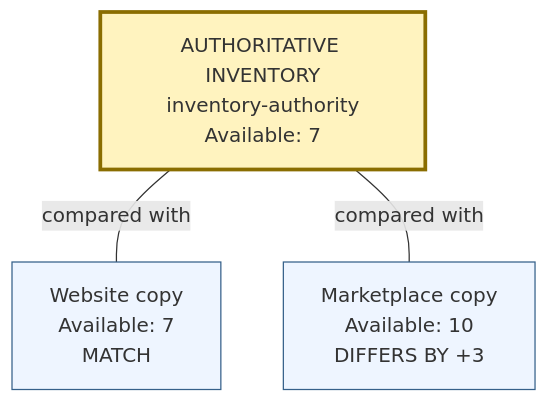
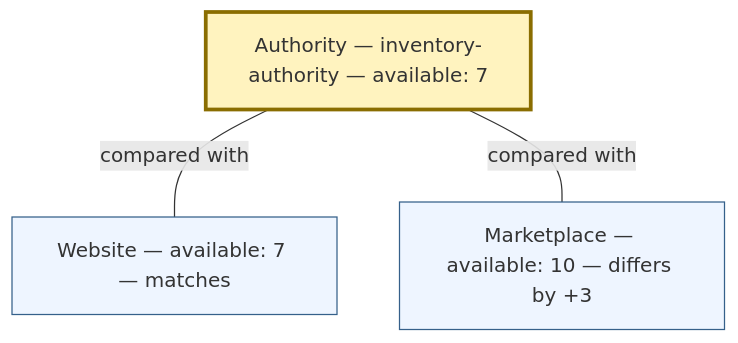
Before and after one commit to Garcia-Systems/inventory-sync-lab: the diagram in diagrams/authoritative-inventory.md, drawn with Mermaid. The commit also changed 7 other files, not shown here.

Commit message:
Validate GitHub Mermaid diagrams

````diff
--- a/diagrams/authoritative-inventory.md
+++ b/diagrams/authoritative-inventory.md
@@ -3,12 +3,12 @@
 ```mermaid
 flowchart TD
-    A["AUTHORITATIVE INVENTORY<br/>inventory-authority<br/>Available: 7"]
-    W["Website copy<br/>Available: 7<br/>MATCH"]
-    M["Marketplace copy<br/>Available: 10<br/>DIFFERS BY +3"]
+    A["Authority — inventory-authority — available: 7"]
+    W["Website — available: 7 — matches"]
+    M["Marketplace — available: 10 — differs by +3"]
     A ---|compared with| W
     A ---|compared with| M
     classDef authority fill:#fff3bf,stroke:#8a6d00,stroke-width:3px
     classDef copy fill:#eef5ff,stroke:#35608a
     class A authority
     class W,M copy
 ```
````
